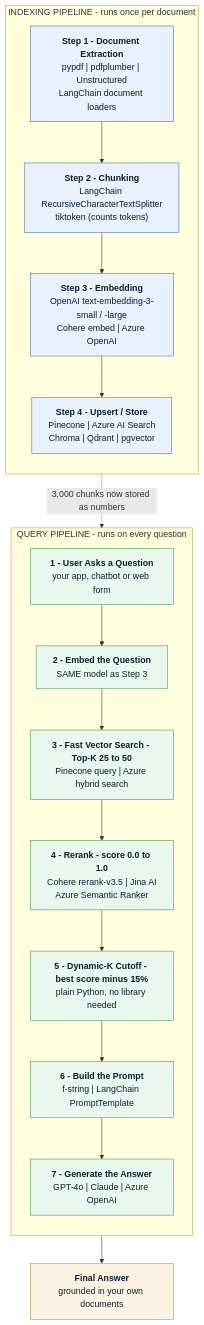
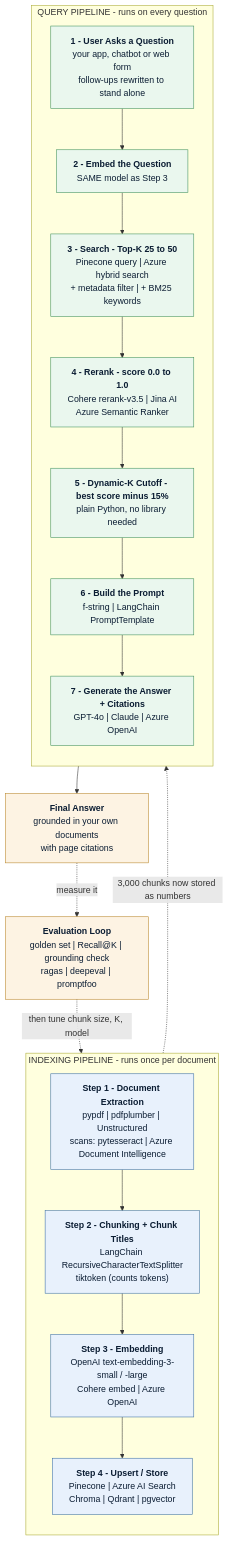
Before and after one commit to imran-ahmed377/prep-codex: the first of 2 diagrams in RAG.md, drawn with Mermaid. The commit also changed other lines of this file, not shown here.

Commit message:
Enhance RAG documentation with additional sections on OCR for scanned PDFs, chunk titles, metadata filtering, and evaluation metrics for improved clarity and usability

````diff
--- a/RAG.md
+++ b/RAG.md
@@ -747,34 +1298,37 @@
 ```mermaid
 flowchart TD
     subgraph IDX["INDEXING PIPELINE - runs once per document"]
         direction TB
-        S1["<b>Step 1 - Document Extraction</b><br/>pypdf | pdfplumber | Unstructured<br/>LangChain document loaders"]
-        S2["<b>Step 2 - Chunking</b><br/>LangChain RecursiveCharacterTextSplitter<br/>tiktoken (counts tokens)"]
+        S1["<b>Step 1 - Document Extraction</b><br/>pypdf | pdfplumber | Unstructured<br/>scans: pytesseract | Azure Document Intelligence"]
+        S2["<b>Step 2 - Chunking + Chunk Titles</b><br/>LangChain RecursiveCharacterTextSplitter<br/>tiktoken (counts tokens)"]
         S3["<b>Step 3 - Embedding</b><br/>OpenAI text-embedding-3-small / -large<br/>Cohere embed | Azure OpenAI"]
         S4["<b>Step 4 - Upsert / Store</b><br/>Pinecone | Azure AI Search<br/>Chroma | Qdrant | pgvector"]
         S1 --> S2 --> S3 --> S4
     end
 
     S4 -.->|"3,000 chunks now stored as numbers"| Q1
 
     subgraph QRY["QUERY PIPELINE - runs on every question"]
         direction TB
-        Q1["<b>1 - User Asks a Question</b><br/>your app, chatbot or web form"]
+        Q1["<b>1 - User Asks a Question</b><br/>your app, chatbot or web form<br/>follow-ups rewritten to stand alone"]
         Q2["<b>2 - Embed the Question</b><br/>SAME model as Step 3"]
-        Q3["<b>3 - Fast Vector Search - Top-K 25 to 50</b><br/>Pinecone query | Azure hybrid search"]
+        Q3["<b>3 - Search - Top-K 25 to 50</b><br/>Pinecone query | Azure hybrid search<br/>+ metadata filter | + BM25 keywords"]
         Q4["<b>4 - Rerank - score 0.0 to 1.0</b><br/>Cohere rerank-v3.5 | Jina AI<br/>Azure Semantic Ranker"]
         Q5["<b>5 - Dynamic-K Cutoff - best score minus 15%</b><br/>plain Python, no library needed"]
         Q6["<b>6 - Build the Prompt</b><br/>f-string | LangChain PromptTemplate"]
-        Q7["<b>7 - Generate the Answer</b><br/>GPT-4o | Claude | Azure OpenAI"]
+        Q7["<b>7 - Generate the Answer + Citations</b><br/>GPT-4o | Claude | Azure OpenAI"]
         Q1 --> Q2 --> Q3 --> Q4 --> Q5 --> Q6 --> Q7
     end
 
-    Q7 --> OUT["<b>Final Answer</b><br/>grounded in your own documents"]
+    Q7 --> OUT["<b>Final Answer</b><br/>grounded in your own documents<br/>with page citations"]
+    EV["<b>Evaluation Loop</b><br/>golden set | Recall@K | grounding check<br/>ragas | deepeval | promptfoo"]
+    OUT -.->|"measure it"| EV
+    EV -.->|"then tune chunk size, K, model"| S2
 
     classDef ingest fill:#e8f1fc,stroke:#3b6ea5,stroke-width:1px,color:#0b1d33
     classDef query  fill:#eaf7ee,stroke:#3f8f5b,stroke-width:1px,color:#0b1d33
     classDef out    fill:#fdf3e3,stroke:#b8862b,stroke-width:1px,color:#0b1d33
     class S1,S2,S3,S4 ingest
     class Q1,Q2,Q3,Q4,Q5,Q6,Q7 query
-    class OUT out
+    class OUT,EV out
 ```
````
